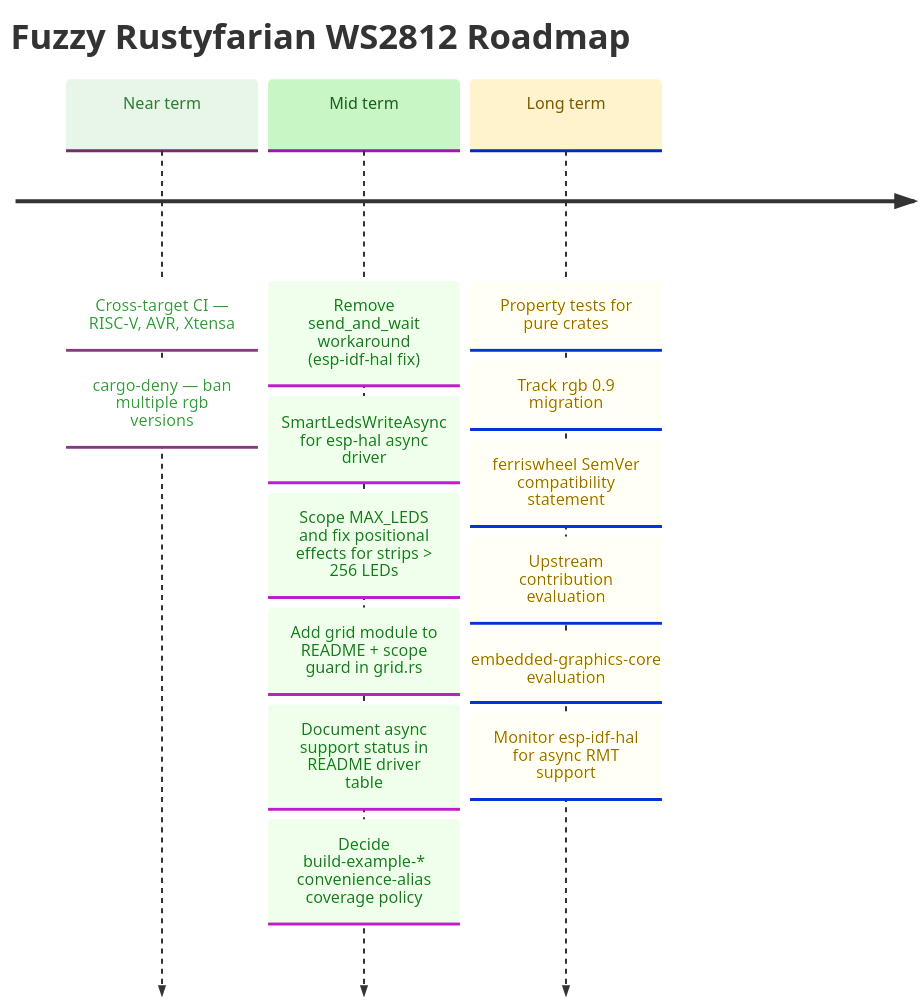
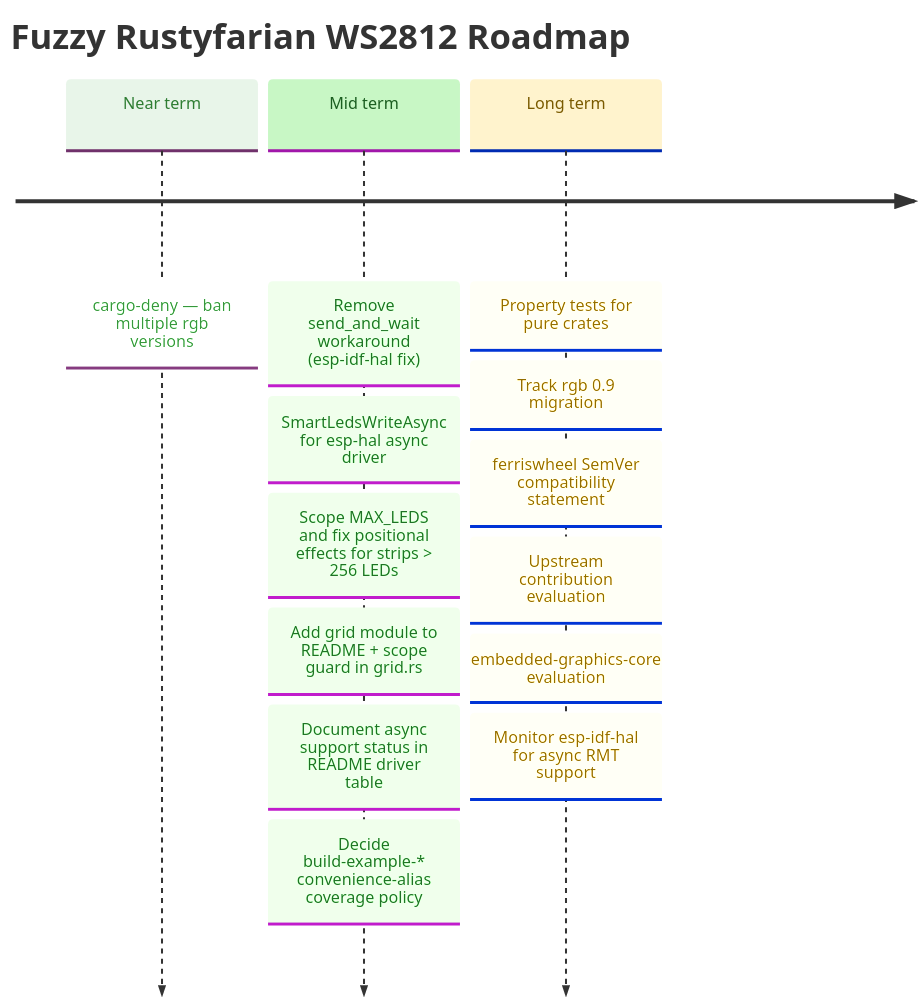
One commit to datenkollektiv/rustyfarian-ws2812 changed the diagram in docs/ROADMAP.md. Above: the diagram before and after it, drawn with Mermaid. The commit also changed other lines of this file and 11 other files, not shown here.

Commit message:
Implement cross-target CI workflows for RISC-V, AVR, and Xtensa

````diff
--- a/docs/ROADMAP.md
+++ b/docs/ROADMAP.md
@@ -22,35 +23,34 @@
 ```mermaid
 %%{init: {
   "theme": "base",
   "themeVariables": {
     "cScale0": "#e8f5e9",
     "cScaleLabel0": "#2e7d32",
     "cScale1": "#c8f7c5",
     "cScaleLabel1": "#1b5e20",
     "cScale2": "#fff3cd",
     "cScaleLabel2": "#7a5a00",
     "cScale3": "#e3f2fd",
     "cScaleLabel3": "#0d47a1"
   }
 }}%%
 
 timeline
     title Fuzzy Rustyfarian WS2812 Roadmap
 
-    Near term : Cross-target CI — RISC-V, AVR, Xtensa
-              : cargo-deny — ban multiple rgb versions
+    Near term : cargo-deny — ban multiple rgb versions
 
     Mid term  : Remove send_and_wait workaround (esp-idf-hal fix)
               : SmartLedsWriteAsync for esp-hal async driver
               : Scope MAX_LEDS and fix positional effects for strips > 256 LEDs
               : Add grid module to README + scope guard in grid.rs
               : Document async support status in README driver table
               : Decide build-example-* convenience-alias coverage policy
 
     Long term : Property tests for pure crates
               : Track rgb 0.9 migration
               : ferriswheel SemVer compatibility statement
               : Upstream contribution evaluation
               : embedded-graphics-core evaluation
               : Monitor esp-idf-hal for async RMT support
 ```
````
